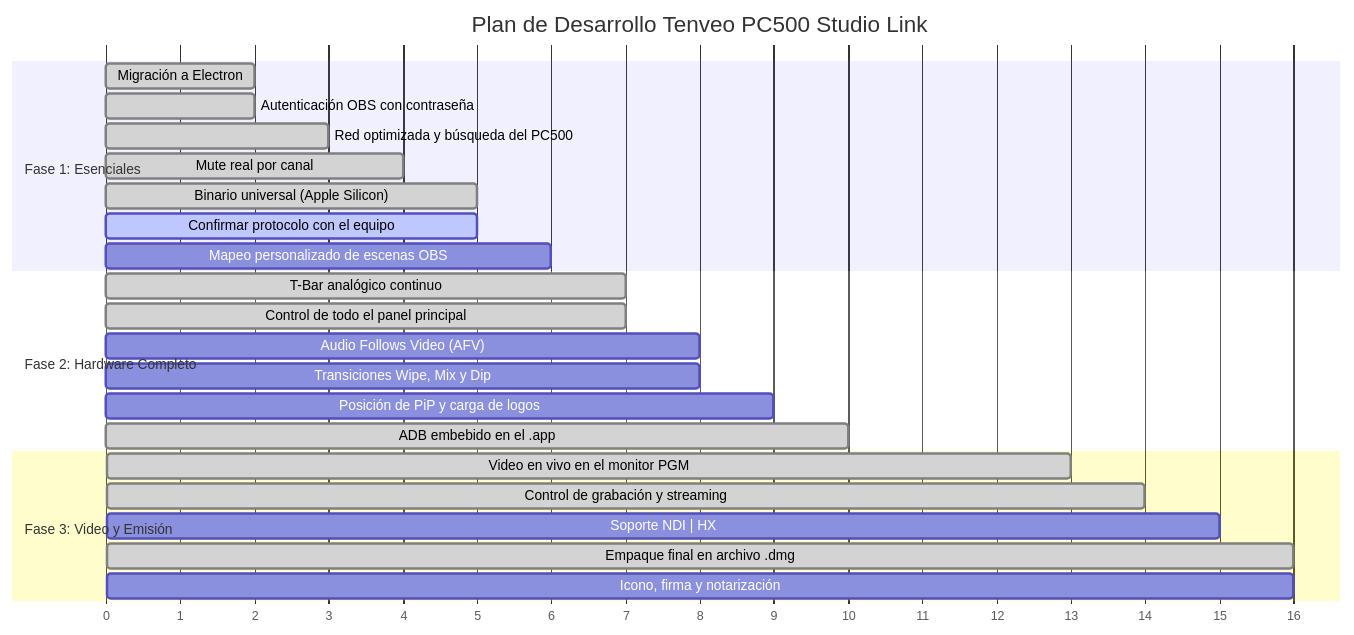
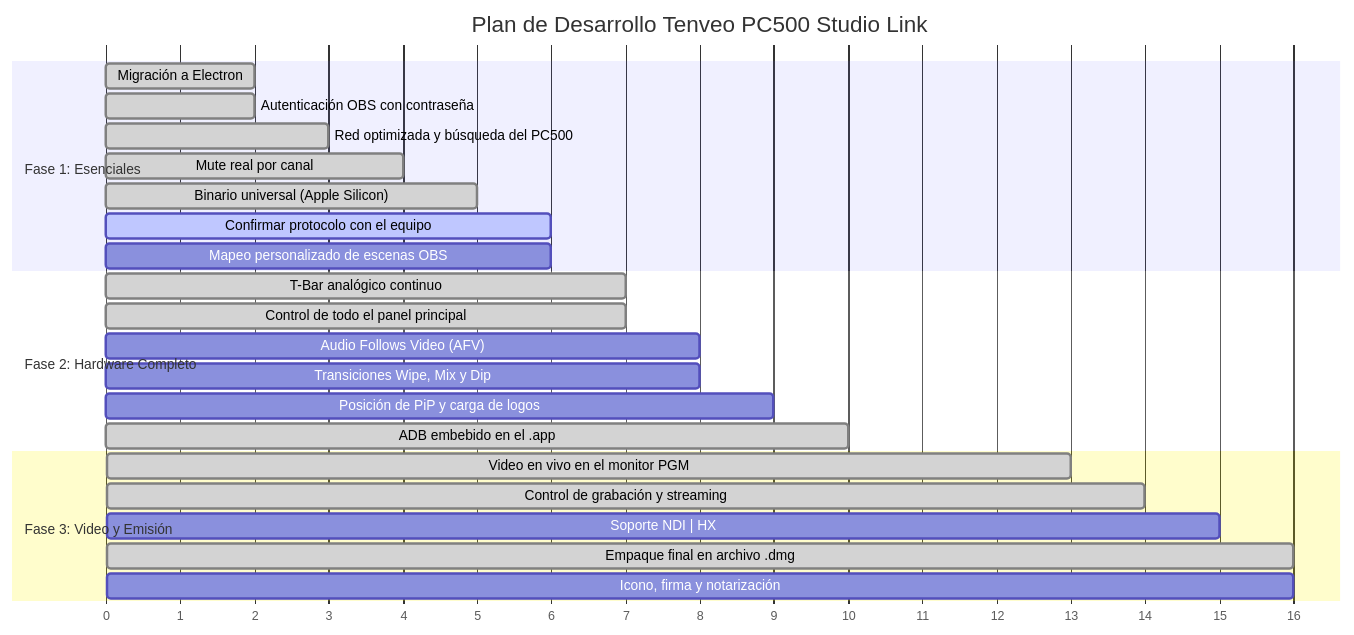
The diagram in PENDIENTES.md (ThePunisherBaby/VeController), drawn with Mermaid before and after one commit. The commit also changed other lines of this file and 30 other files, not shown here.

````diff
--- a/PENDIENTES.md
+++ b/PENDIENTES.md
@@ -99,30 +104,30 @@
 ```mermaid
 gantt
     title Plan de Desarrollo Tenveo PC500 Studio Link
     dateFormat  X
     axisFormat %s
 
     section Fase 1: Esenciales
     Migración a Electron                    :done, p0, 0, 2
     Autenticación OBS con contraseña        :done, p1, 0, 2
     Red optimizada y búsqueda del PC500     :done, p1b, 1, 3
     Mute real por canal                     :done, p3, 2, 4
     Binario universal (Apple Silicon)       :done, p4, 3, 5
-    Confirmar protocolo con el equipo       :active, p4b, 3, 5
+    Confirmar protocolo con el equipo       :active, p4b, 3, 6
     Mapeo personalizado de escenas OBS     :p2, 4, 6
 
     section Fase 2: Hardware Completo
     T-Bar analógico continuo                :done, p5, 4, 7
     Control de todo el panel principal      :done, p5c, 4, 7
     Audio Follows Video (AFV)               :p5b, 5, 8
     Transiciones Wipe, Mix y Dip            :p6, 5, 8
     Posición de PiP y carga de logos        :p7, 6, 9
     ADB embebido en el .app                 :done, p8, 7, 10
 
     section Fase 3: Video y Emisión
     Video en vivo en el monitor PGM         :done, p9, 9, 13
     Control de grabación y streaming        :done, p10, 11, 14
     Soporte NDI | HX                        :p11, 12, 15
     Empaque final en archivo .dmg           :done, p12, 14, 16
     Icono, firma y notarización             :p13, 14, 16
 ```
````
